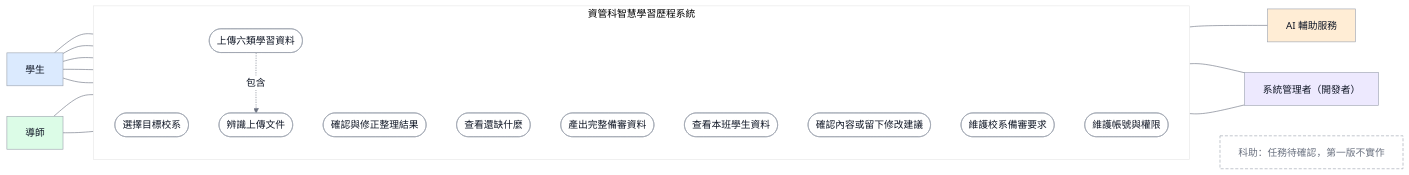
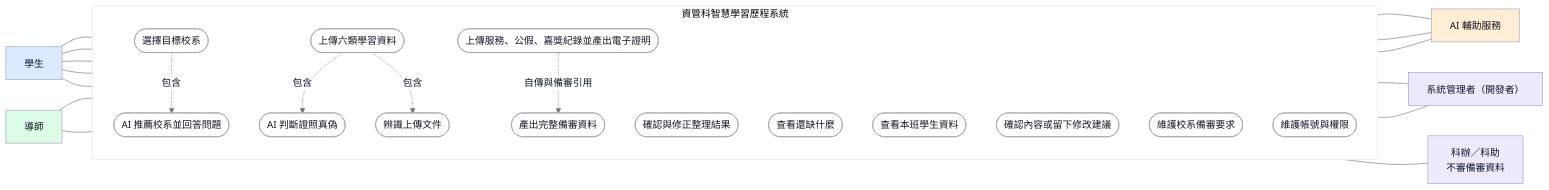
The diagram in docs/images/D-01-use-case-v2.mmd (vujhdcusa/1028), drawn with Mermaid before and after one commit. The commit also changed 41 other files, not shown here.

First line of the commit message:
docs: update diagrams and spec for department office records and AI feedback

```diff
--- a/docs/images/D-01-use-case-v2.mmd
+++ b/docs/images/D-01-use-case-v2.mmd
@@ -1,42 +1,51 @@
 %%{init: {'theme':'base','themeVariables': {'fontFamily':'Microsoft JhengHei, Noto Sans TC, Arial, sans-serif','primaryColor':'#F3F4F6','primaryTextColor':'#111827','primaryBorderColor':'#9CA3AF','lineColor':'#6B7280','edgeLabelBackground':'#FFFFFF'},'flowchart':{'wrappingWidth':400}}}%%
 flowchart LR
     classDef student fill:#DBEAFE,stroke:#9CA3AF,color:#111827,stroke-width:1px;
     classDef teacher fill:#DCFCE7,stroke:#9CA3AF,color:#111827,stroke-width:1px;
     classDef admin fill:#EDE9FE,stroke:#9CA3AF,color:#111827,stroke-width:1px;
     classDef ai fill:#FFEDD5,stroke:#9CA3AF,color:#111827,stroke-width:1px;
     classDef usecase fill:#FFFFFF,stroke:#9CA3AF,color:#111827,stroke-width:1px;
-    classDef pending fill:#FFFFFF,stroke:#9CA3AF,color:#6B7280,stroke-width:1px,stroke-dasharray:5 3;
+    classDef staff fill:#EDE9FE,stroke:#9CA3AF,color:#111827,stroke-width:1px;
 
     Student[學生]:::student
     Teacher[導師]:::teacher
 
     subgraph SYS[資管科智慧學習歷程系統]
         direction TB
         UC1([選擇目標校系]):::usecase
         UC2([上傳六類學習資料]):::usecase
         UC3([確認與修正整理結果]):::usecase
         UC4([查看還缺什麼]):::usecase
         UC5([產出完整備審資料]):::usecase
         UC6([查看本班學生資料]):::usecase
         UC7([確認內容或留下修改建議]):::usecase
         UC8([辨識上傳文件]):::usecase
+        UC11([AI 判斷證照真偽]):::usecase
+        UC12([AI 推薦校系並回答問題]):::usecase
+        UC13([上傳服務、公假、嘉獎紀錄並產出電子證明]):::usecase
         UC9([維護校系備審要求]):::usecase
         UC10([維護帳號與權限]):::usecase
     end
 
     Admin[系統管理者（開發者）]:::admin
     AI[AI 輔助服務]:::ai
-    Staff[科助：任務待確認，第一版不實作]:::pending
+    Staff[科辦／科助<br/>不審備審資料]:::staff
 
     Student --- UC1
     Student --- UC2
     Student --- UC3
     Student --- UC4
     Student --- UC5
+    UC1 -. 包含 .-> UC12
+    UC2 -. 包含 .-> UC11
+    UC13 -. 自傳與備審引用 .-> UC5
     Teacher --- UC6
     Teacher --- UC7
     UC2 -. 包含 .-> UC8
     UC8 --- AI
+    UC11 --- AI
+    UC12 --- AI
+    Staff --- UC13
     UC9 --- Admin
     UC10 --- Admin
     SYS ~~~ Staff
```
